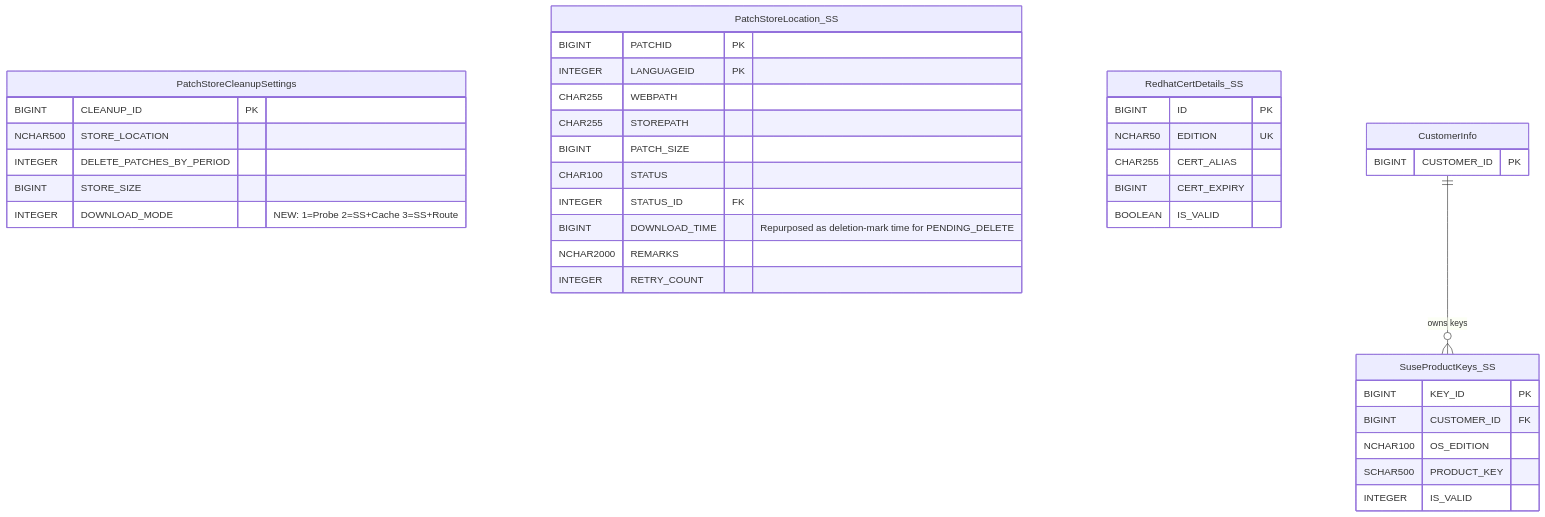
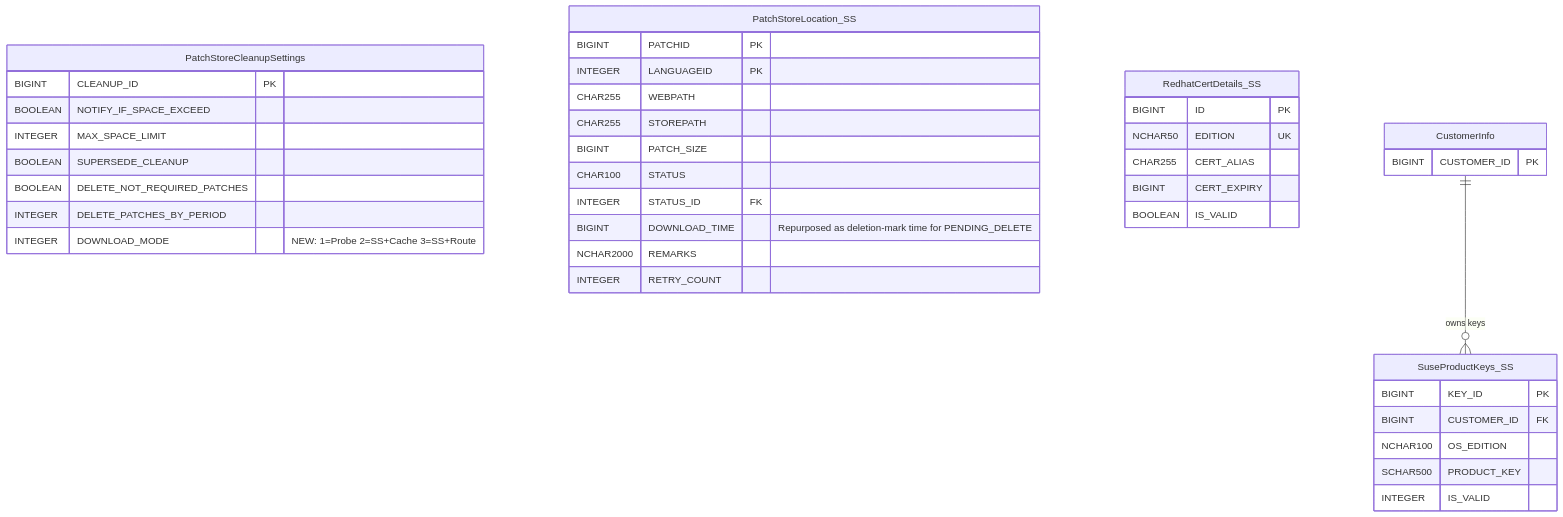
The first of 2 diagrams in low-level-design-v3.md (ranjithkumar-a-23525/RebaseEx), drawn with Mermaid before and after one commit. The commit also changed other lines of this file, not shown here.

````diff
--- a/low-level-design-v3.md
+++ b/low-level-design-v3.md
@@ -70,50 +70,52 @@
 ```mermaid
 erDiagram
     %% ── MODIFIED TABLE ─────────────────────────────────────
     PatchStoreCleanupSettings {
         BIGINT CLEANUP_ID PK
-        NCHAR500 STORE_LOCATION
+        BOOLEAN NOTIFY_IF_SPACE_EXCEED
+        INTEGER MAX_SPACE_LIMIT
+        BOOLEAN SUPERSEDE_CLEANUP
+        BOOLEAN DELETE_NOT_REQUIRED_PATCHES
         INTEGER DELETE_PATCHES_BY_PERIOD
-        BIGINT STORE_SIZE
         INTEGER DOWNLOAD_MODE "NEW: 1=Probe 2=SS+Cache 3=SS+Route"
     }
 
     %% ── REUSED TABLE (from Probe, no schema changes) ───────
     PatchStoreLocation_SS {
         BIGINT PATCHID PK
         INTEGER LANGUAGEID PK
         CHAR255 WEBPATH
         CHAR255 STOREPATH
         BIGINT PATCH_SIZE
         CHAR100 STATUS
         INTEGER STATUS_ID FK
         BIGINT DOWNLOAD_TIME "Repurposed as deletion-mark time for PENDING_DELETE"
         NCHAR2000 REMARKS
         INTEGER RETRY_COUNT
     }
 
     %% ── REUSED TABLES (from Probe, no schema changes) ──────
     RedhatCertDetails_SS {
         BIGINT ID PK
         NCHAR50 EDITION UK
         CHAR255 CERT_ALIAS
         BIGINT CERT_EXPIRY
         BOOLEAN IS_VALID
     }
 
     SuseProductKeys_SS {
         BIGINT KEY_ID PK
         BIGINT CUSTOMER_ID FK
         NCHAR100 OS_EDITION
         SCHAR500 PRODUCT_KEY
         INTEGER IS_VALID
     }
 
     %% ── EXISTING TABLES (FK reference only) ────────────────
     CustomerInfo {
         BIGINT CUSTOMER_ID PK
     }
 
     %% ── RELATIONSHIPS ──────────────────────────────────────
     CustomerInfo ||--o{ SuseProductKeys_SS : "owns keys"
 ```
````
